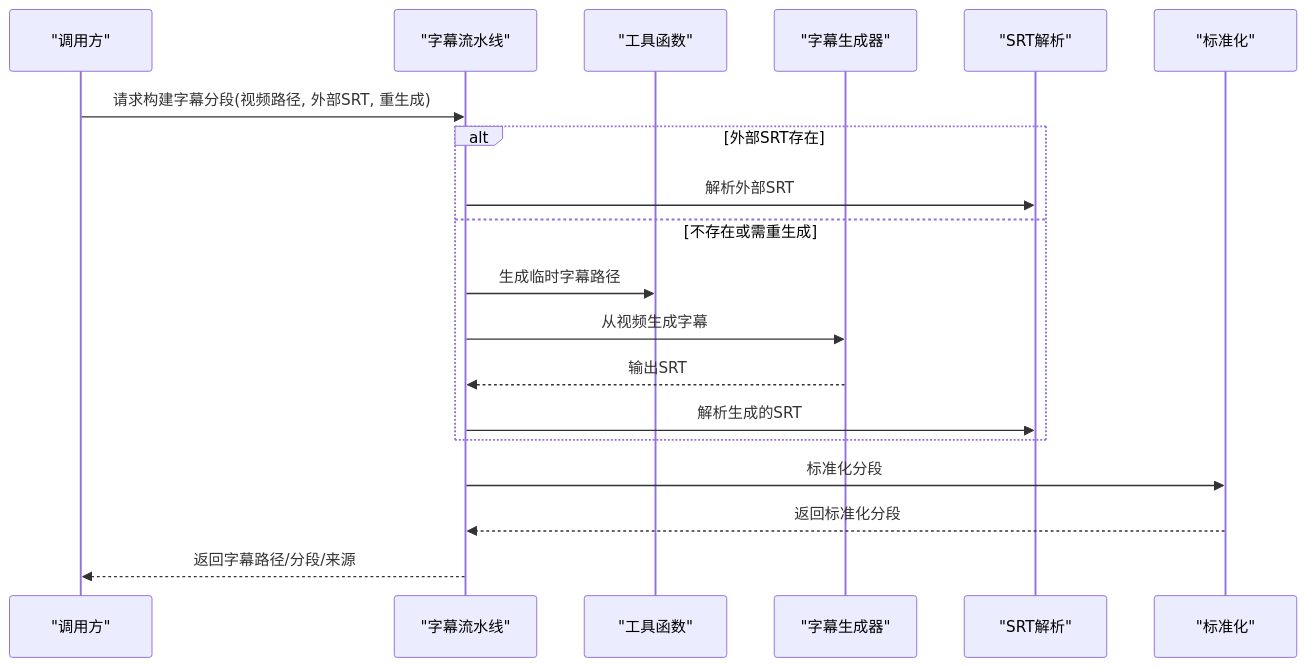
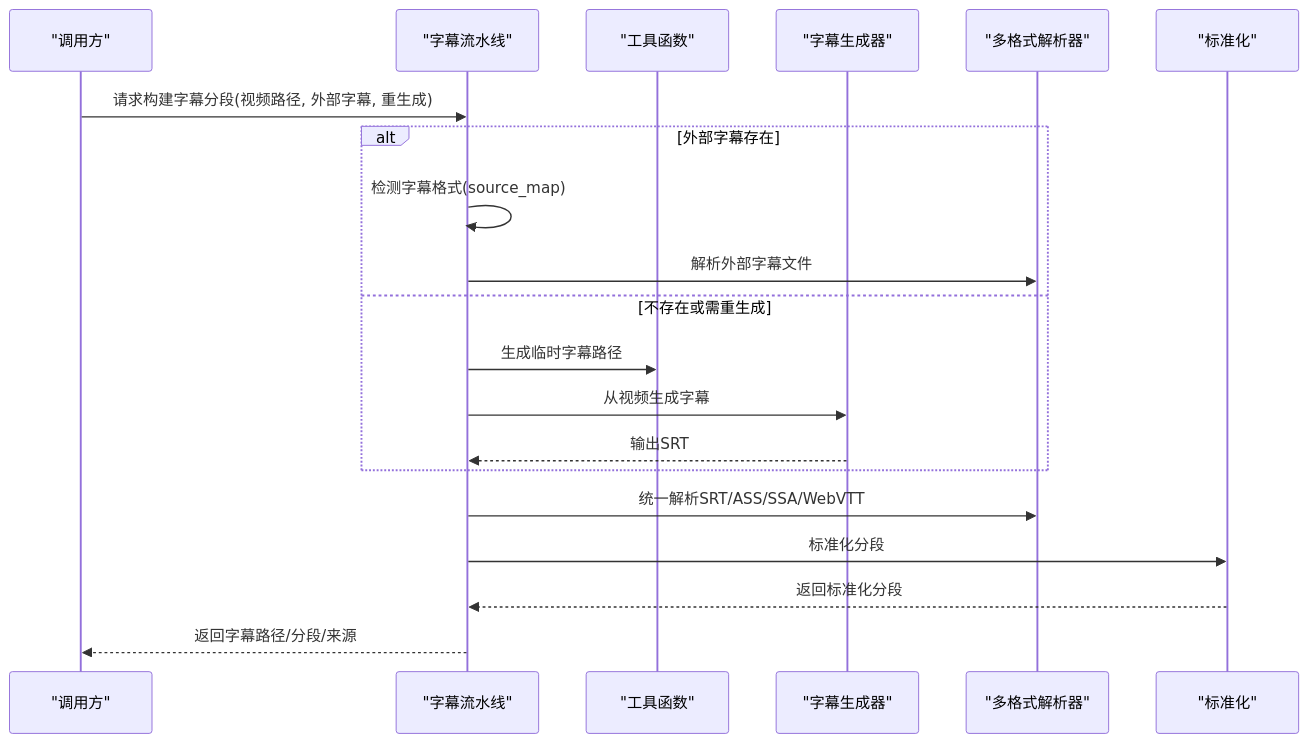
Before and after one commit to wowoduang/AIVideoClaude: the sixth of 10 diagrams in .qoder/repowiki/zh/content/核心功能/字幕处理系统/字幕处理系统.md, drawn with Mermaid. The commit also changed other lines of this file and 32 other files, not shown here.

````diff
--- a/.qoder/repowiki/zh/content/核心功能/字幕处理系统/字幕处理系统.md
+++ b/.qoder/repowiki/zh/content/核心功能/字幕处理系统/字幕处理系统.md
@@ -257,21 +266,22 @@
 ```mermaid
 sequenceDiagram
 participant Caller as "调用方"
 participant Pipeline as "字幕流水线"
 participant Utils as "工具函数"
 participant SubGen as "字幕生成器"
-participant Parser as "SRT解析"
+participant Parser as "多格式解析器"
 participant Norm as "标准化"
-Caller->>Pipeline : 请求构建字幕分段(视频路径, 外部SRT, 重生成)
-alt 外部SRT存在
-Pipeline->>Parser : 解析外部SRT
+Caller->>Pipeline : 请求构建字幕分段(视频路径, 外部字幕, 重生成)
+alt 外部字幕存在
+Pipeline->>Pipeline : 检测字幕格式(source_map)
+Pipeline->>Parser : 解析外部字幕文件
 else 不存在或需重生成
 Pipeline->>Utils : 生成临时字幕路径
 Pipeline->>SubGen : 从视频生成字幕
 SubGen-->>Pipeline : 输出SRT
-Pipeline->>Parser : 解析生成的SRT
 end
+Pipeline->>Parser : 统一解析SRT/ASS/SSA/WebVTT
 Pipeline->>Norm : 标准化分段
 Norm-->>Pipeline : 返回标准化分段
 Pipeline-->>Caller : 返回字幕路径/分段/来源
 ```
````
